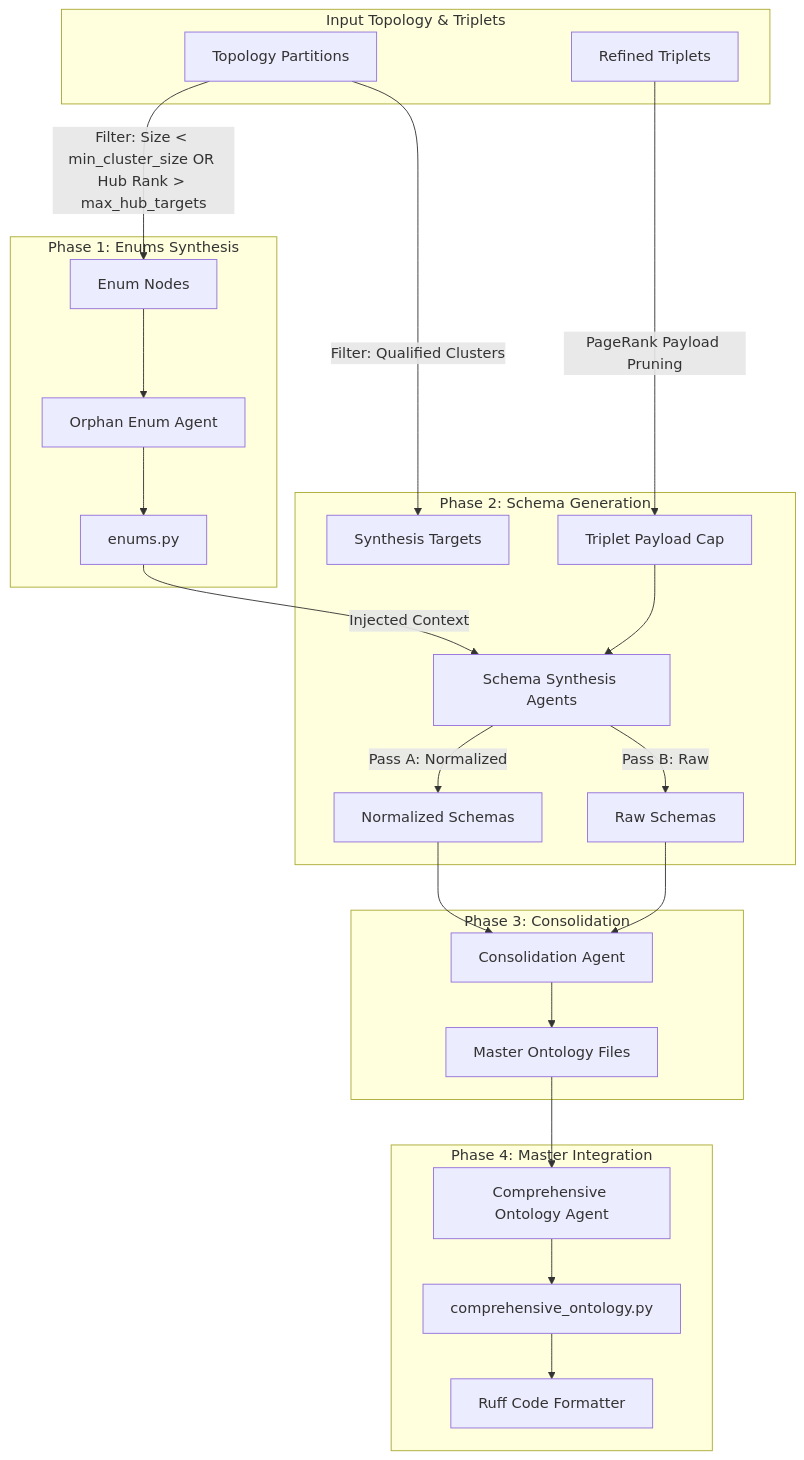
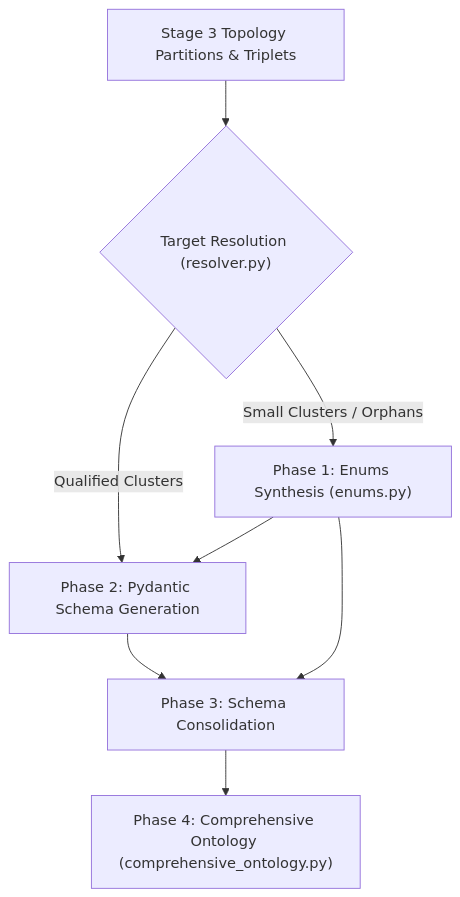
One commit to childmindresearch/SemanticPrism changed the third of 3 diagrams in README.md. Above: the diagram before and after it, drawn with Mermaid. The commit also changed other lines of this file and 4 other files, not shown here.

Commit message:
streamline synthesis stage

````diff
--- a/README.md
+++ b/README.md
@@ -131,36 +131,13 @@
 ```mermaid
 graph TD
-    subgraph input_parsing ["Input Topology & Triplets"]
-        S3_JSON["Topology Partitions"]
-        Norm_Triplets["Refined Triplets"]
-    end
-
-    subgraph phase1 ["Phase 1: Enums Synthesis"]
-        S3_JSON -->|"Filter: Size < min_cluster_size OR Hub Rank > max_hub_targets"| EnumNodes["Enum Nodes"]
-        EnumNodes --> EnumLLM["Orphan Enum Agent"]
-        EnumLLM --> EnumsPy["enums.py"]
-    end
-
-    subgraph phase2 ["Phase 2: Schema Generation"]
-        S3_JSON -->|"Filter: Qualified Clusters"| SpokeNodes["Synthesis Targets"]
-        Norm_Triplets -->|"PageRank Payload Pruning"| Pruning["Triplet Payload Cap"]
-        
-        Pruning --> SchemaLLM["Schema Synthesis Agents"]
-        EnumsPy -->|"Injected Context"| SchemaLLM
-        
-        SchemaLLM -->|"Pass A: Normalized"| NormSchemas["Normalized Schemas"]
-        SchemaLLM -->|"Pass B: Raw"| RawSchemas["Raw Schemas"]
-    end
-
-    subgraph phase3 ["Phase 3: Consolidation"]
-        NormSchemas --> ConsolLLM["Consolidation Agent"]
-        RawSchemas --> ConsolLLM
-        ConsolLLM --> MasterNorm["Master Ontology Files"]
-    end
-
-    subgraph phase4 ["Phase 4: Master Integration"]
-        MasterNorm --> FinalLLM["Comprehensive Ontology Agent"]
-        FinalLLM --> CompOnt["comprehensive_ontology.py"]
-        CompOnt --> Ruff["Ruff Code Formatter"]
-    end
+    S3_Topology["Stage 3 Topology Partitions & Triplets"] --> TargetRes{"Target Resolution (resolver.py)"}
+    
+    TargetRes -->|"Small Clusters / Orphans"| Enums["Phase 1: Enums Synthesis (enums.py)"]
+    TargetRes -->|"Qualified Clusters"| Schemas["Phase 2: Pydantic Schema Generation"]
+    
+    Enums --> Schemas
+    Schemas --> Consolidation["Phase 3: Schema Consolidation"]
+    Enums --> Consolidation
+    
+    Consolidation --> Final["Phase 4: Comprehensive Ontology (comprehensive_ontology.py)"]
 ```
````
